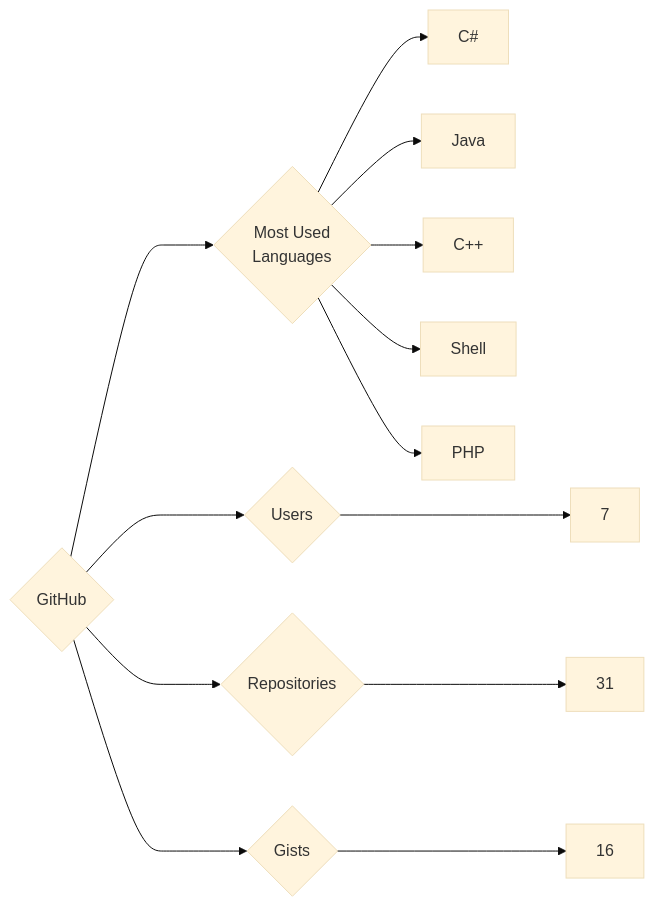
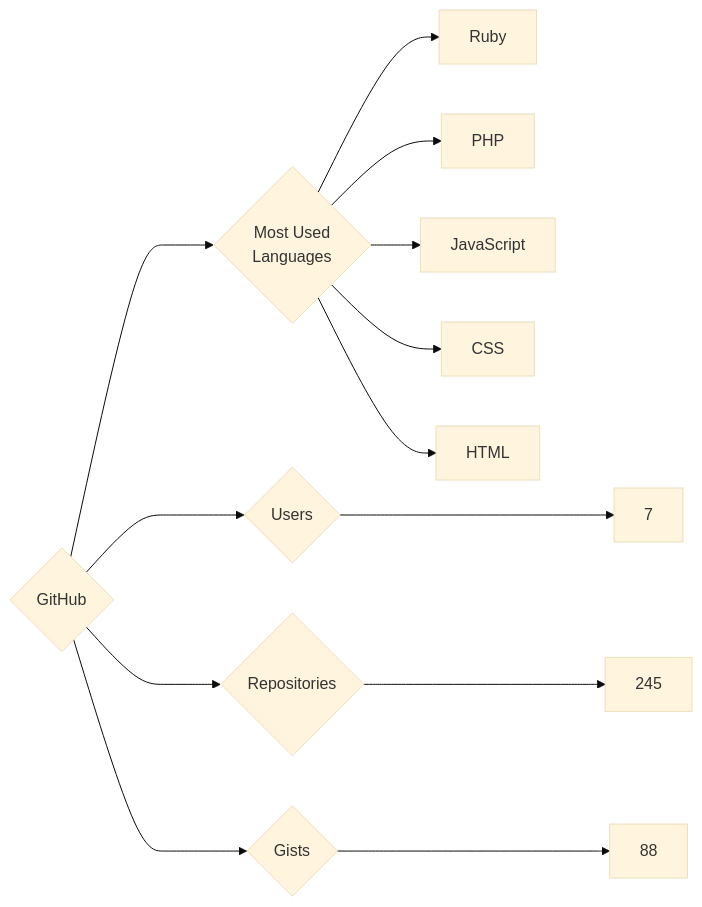
One commit to trickest/insiders changed the diagram in targets/GitHub/README.md. Above: the diagram before and after it, drawn with Mermaid (base theme). The commit also changed 997 other files, not shown here.

````diff
--- a/targets/GitHub/README.md
+++ b/targets/GitHub/README.md
@@ -3,13 +3,13 @@
 ```mermaid
 graph LR
 COMPANY_NAME{GitHub}
 COMPANY_NAME ---> U{Users} ---> UN[7]
-COMPANY_NAME ---> R{Repositories} ---> RN[31]
-COMPANY_NAME ---> G{Gists} ---> GN[16]
+COMPANY_NAME ---> R{Repositories} ---> RN[245]
+COMPANY_NAME ---> G{Gists} ---> GN[88]
 COMPANY_NAME ---> ML{Most Used<br>Languages}
-ML --> C#[C#]
-ML --> Java[Java]
-ML --> C++[C++]
-ML --> Shell[Shell]
+ML --> Ruby[Ruby]
 ML --> PHP[PHP]
+ML --> JavaScript[JavaScript]
+ML --> CSS[CSS]
+ML --> HTML[HTML]
 ```
````
